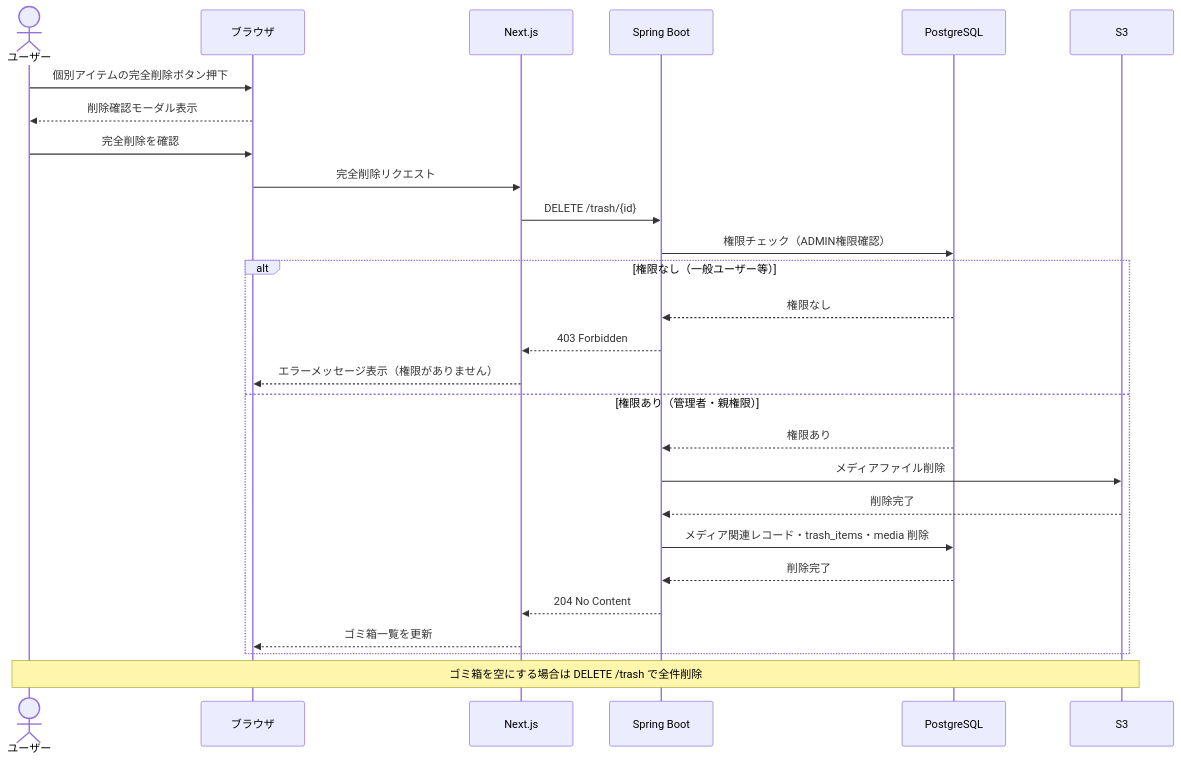
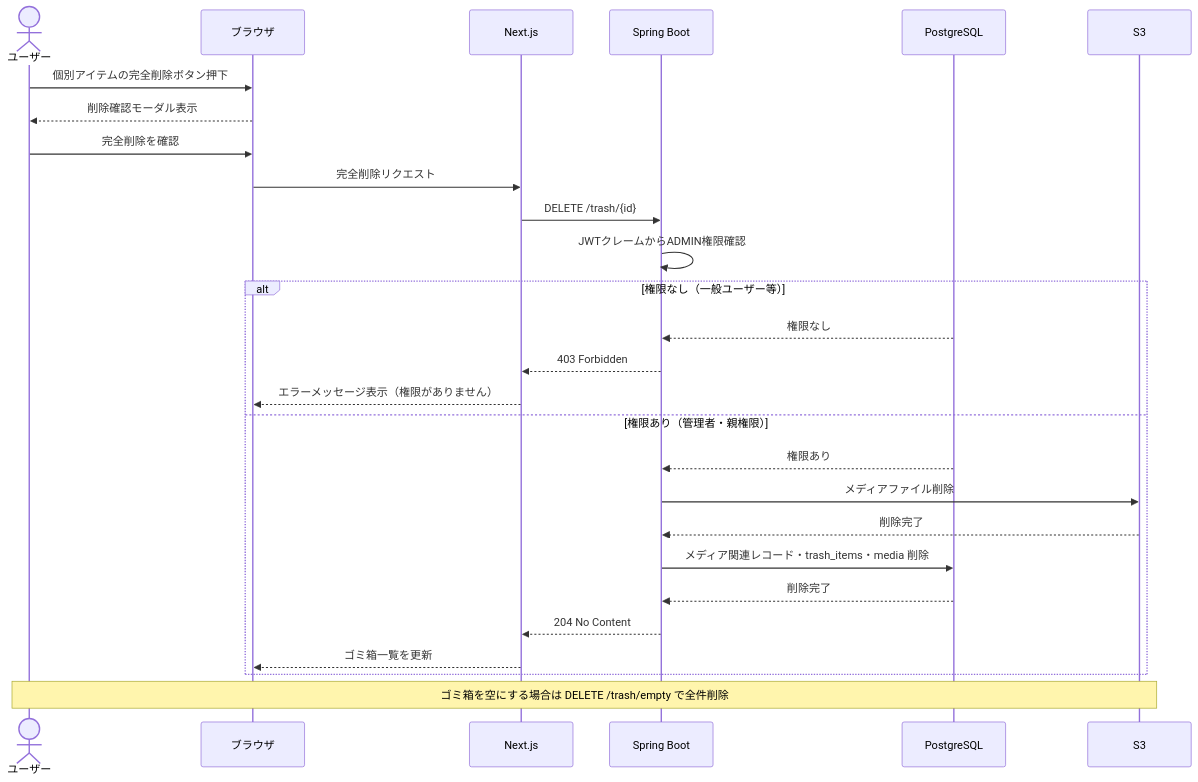
One commit to sakurai1126/chii-piyo changed the fourth of 9 diagrams in docs/sequence.md. Above: the diagram before and after it, drawn with Mermaid. The commit also changed other lines of this file and 1 other file, not shown here.

````diff
--- a/docs/sequence.md
+++ b/docs/sequence.md
@@ -125,33 +139,33 @@
 ```mermaid
 sequenceDiagram
     actor User as ユーザー
     participant Browser as ブラウザ
     participant Next as Next.js
     participant Spring as Spring Boot
     participant DB as PostgreSQL
     participant S3 as S3
 
     User->>Browser: 個別アイテムの完全削除ボタン押下
     Browser-->>User: 削除確認モーダル表示
     User->>Browser: 完全削除を確認
 
     Browser->>Next: 完全削除リクエスト
     Next->>Spring: DELETE /trash/{id}
-    Spring->>DB: 権限チェック（ADMIN権限確認）
+    Spring->>Spring: JWTクレームからADMIN権限確認
 
     alt 権限なし（一般ユーザー等）
         DB-->>Spring: 権限なし
         Spring-->>Next: 403 Forbidden
         Next-->>Browser: エラーメッセージ表示（権限がありません）
     else 権限あり（管理者・親権限）
         DB-->>Spring: 権限あり
         Spring->>S3: メディアファイル削除
         S3-->>Spring: 削除完了
         Spring->>DB: メディア関連レコード・trash_items・media 削除
         DB-->>Spring: 削除完了
         Spring-->>Next: 204 No Content
         Next-->>Browser: ゴミ箱一覧を更新
     end
 
-    Note over User,S3: ゴミ箱を空にする場合は DELETE /trash で全件削除
+    Note over User,S3: ゴミ箱を空にする場合は DELETE /trash/empty で全件削除
 ```
````
